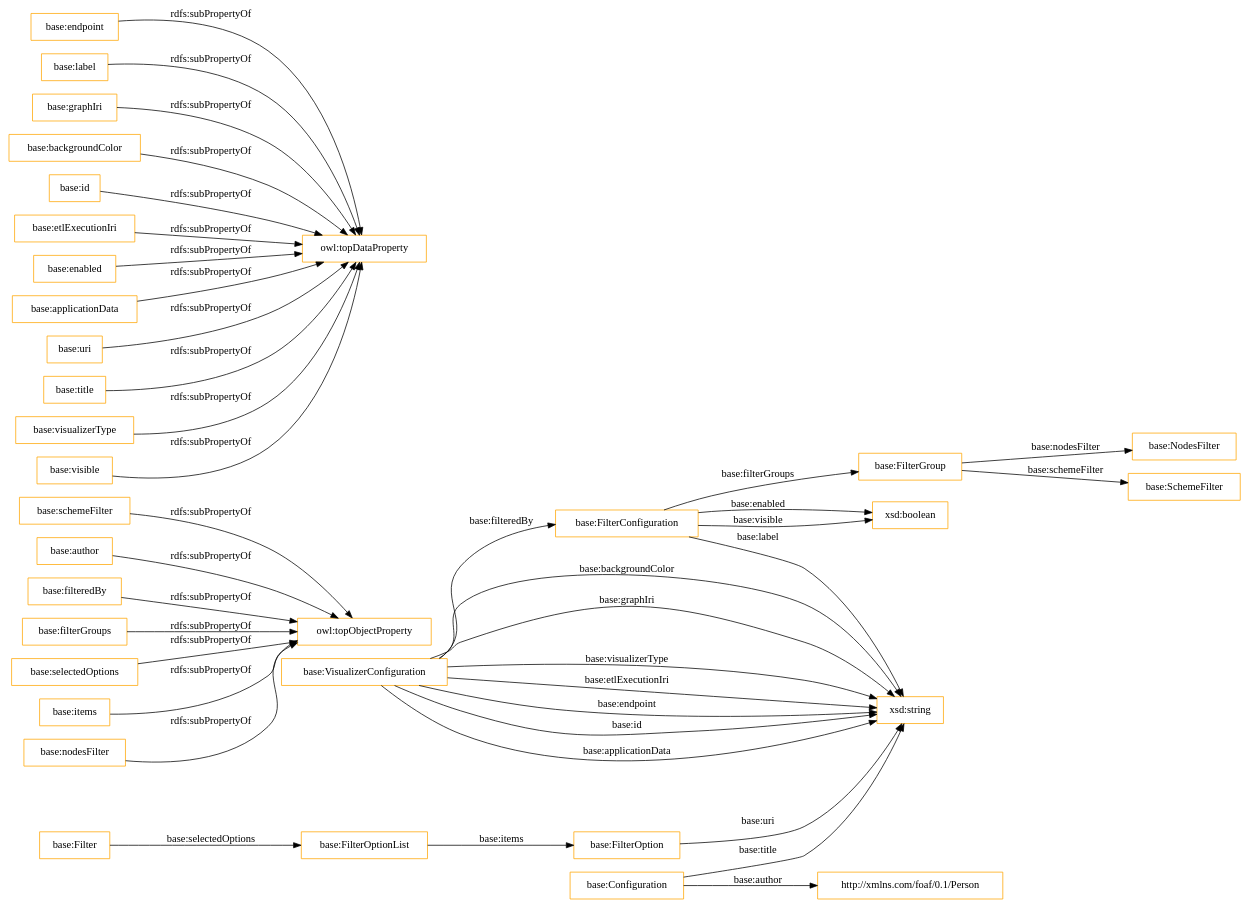
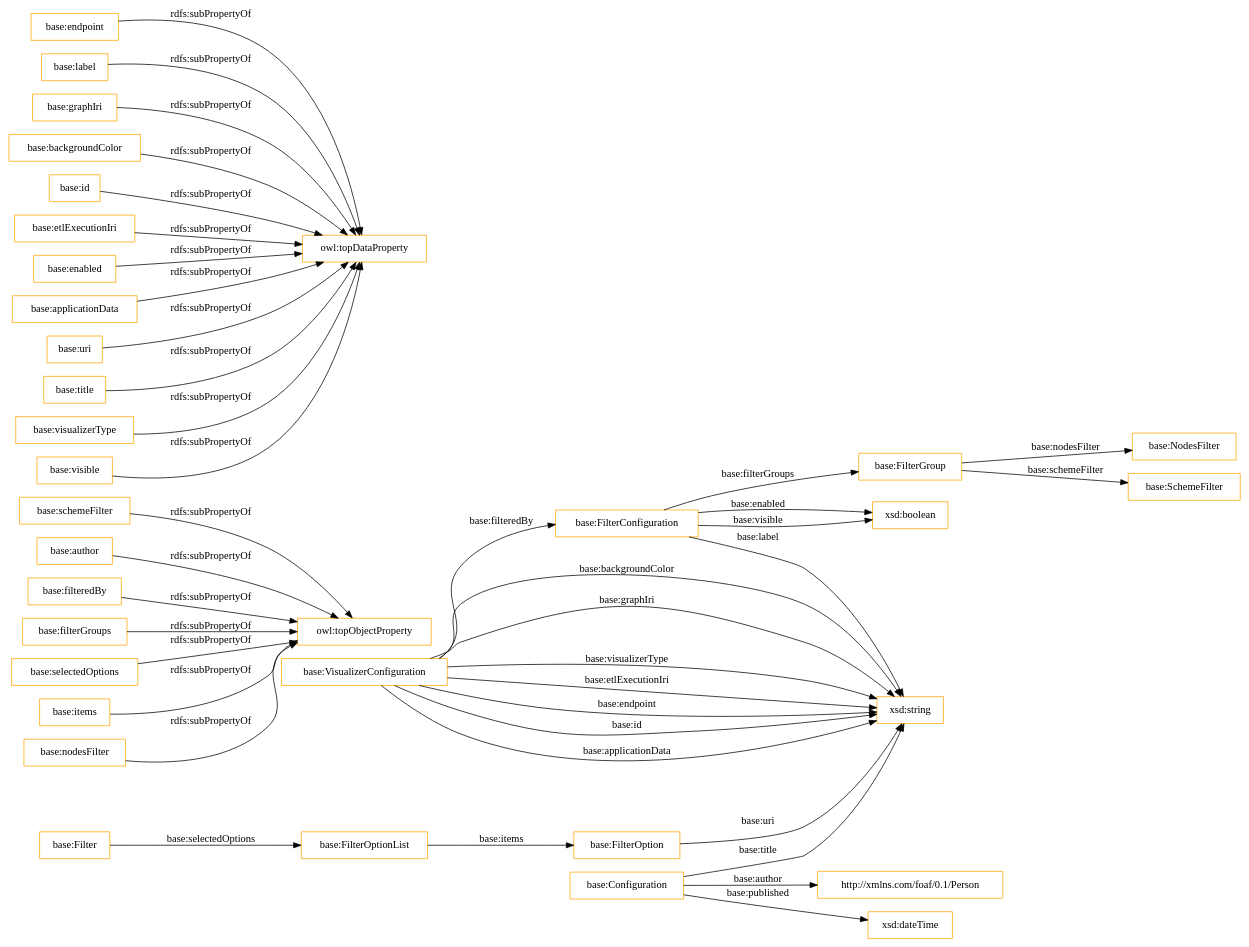
One commit to OnToologyUser/linkedpipes_applications_ontology changed the diagram in OnToology/lpapps.owl/diagrams/ar2dtool-class/lpapps.owl.png.dot. Above: the diagram before and after it, drawn with Graphviz. The commit also changed 10 other files, not shown here.

```diff
--- a/OnToology/lpapps.owl/diagrams/ar2dtool-class/lpapps.owl.png.dot
+++ b/OnToology/lpapps.owl/diagrams/ar2dtool-class/lpapps.owl.png.dot
@@ -1,44 +1,45 @@
 digraph ar2dtool_diagram { 
 rankdir=LR;
 size="1501"
 node [shape = rectangle, color="orange"]; "base:VisualizerConfiguration" "base:FilterOptionList" "base:FilterGroup" "base:FilterOption" "base:NodesFilter" "base:Filter" "base:SchemeFilter" "http://xmlns.com/foaf/0.1/Person" "base:FilterConfiguration" "base:Configuration" ; /*classes style*/
 	"base:schemeFilter" -> "owl:topObjectProperty" [ label = "rdfs:subPropertyOf" ];
 	"base:author" -> "owl:topObjectProperty" [ label = "rdfs:subPropertyOf" ];
 	"base:endpoint" -> "owl:topDataProperty" [ label = "rdfs:subPropertyOf" ];
 	"base:label" -> "owl:topDataProperty" [ label = "rdfs:subPropertyOf" ];
 	"base:graphIri" -> "owl:topDataProperty" [ label = "rdfs:subPropertyOf" ];
 	"base:filteredBy" -> "owl:topObjectProperty" [ label = "rdfs:subPropertyOf" ];
 	"base:filterGroups" -> "owl:topObjectProperty" [ label = "rdfs:subPropertyOf" ];
 	"base:selectedOptions" -> "owl:topObjectProperty" [ label = "rdfs:subPropertyOf" ];
 	"base:backgroundColor" -> "owl:topDataProperty" [ label = "rdfs:subPropertyOf" ];
 	"base:id" -> "owl:topDataProperty" [ label = "rdfs:subPropertyOf" ];
 	"base:etlExecutionIri" -> "owl:topDataProperty" [ label = "rdfs:subPropertyOf" ];
 	"base:items" -> "owl:topObjectProperty" [ label = "rdfs:subPropertyOf" ];
 	"base:enabled" -> "owl:topDataProperty" [ label = "rdfs:subPropertyOf" ];
 	"base:applicationData" -> "owl:topDataProperty" [ label = "rdfs:subPropertyOf" ];
 	"base:nodesFilter" -> "owl:topObjectProperty" [ label = "rdfs:subPropertyOf" ];
 	"base:uri" -> "owl:topDataProperty" [ label = "rdfs:subPropertyOf" ];
 	"base:title" -> "owl:topDataProperty" [ label = "rdfs:subPropertyOf" ];
 	"base:visualizerType" -> "owl:topDataProperty" [ label = "rdfs:subPropertyOf" ];
 	"base:visible" -> "owl:topDataProperty" [ label = "rdfs:subPropertyOf" ];
 	"base:VisualizerConfiguration" -> "base:FilterConfiguration" [ label = "base:filteredBy" ];
 	"base:FilterOption" -> "xsd:string" [ label = "base:uri" ];
 	"base:VisualizerConfiguration" -> "xsd:string" [ label = "base:backgroundColor" ];
 	"base:Configuration" -> "xsd:string" [ label = "base:title" ];
 	"base:FilterOptionList" -> "base:FilterOption" [ label = "base:items" ];
 	"base:FilterConfiguration" -> "base:FilterGroup" [ label = "base:filterGroups" ];
 	"base:FilterGroup" -> "base:NodesFilter" [ label = "base:nodesFilter" ];
 	"base:FilterConfiguration" -> "xsd:boolean" [ label = "base:enabled" ];
 	"base:FilterGroup" -> "base:SchemeFilter" [ label = "base:schemeFilter" ];
 	"base:VisualizerConfiguration" -> "xsd:string" [ label = "base:graphIri" ];
 	"base:VisualizerConfiguration" -> "xsd:string" [ label = "base:visualizerType" ];
 	"base:VisualizerConfiguration" -> "xsd:string" [ label = "base:etlExecutionIri" ];
 	"base:FilterConfiguration" -> "xsd:string" [ label = "base:label" ];
 	"base:VisualizerConfiguration" -> "xsd:string" [ label = "base:endpoint" ];
 	"base:VisualizerConfiguration" -> "xsd:string" [ label = "base:id" ];
 	"base:Filter" -> "base:FilterOptionList" [ label = "base:selectedOptions" ];
 	"base:VisualizerConfiguration" -> "xsd:string" [ label = "base:applicationData" ];
 	"base:Configuration" -> "http://xmlns.com/foaf/0.1/Person" [ label = "base:author" ];
 	"base:FilterConfiguration" -> "xsd:boolean" [ label = "base:visible" ];
+	"base:Configuration" -> "xsd:dateTime" [ label = "base:published" ];
 
 }
```
